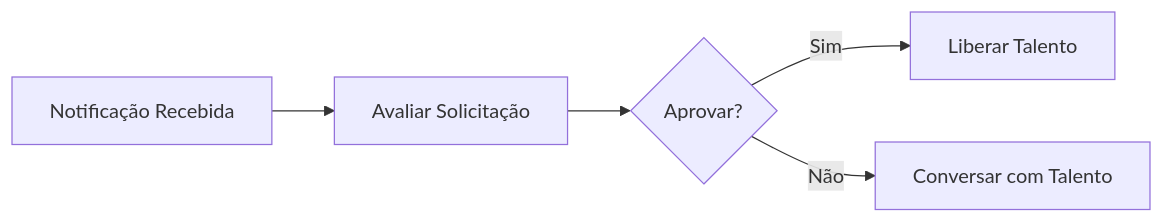
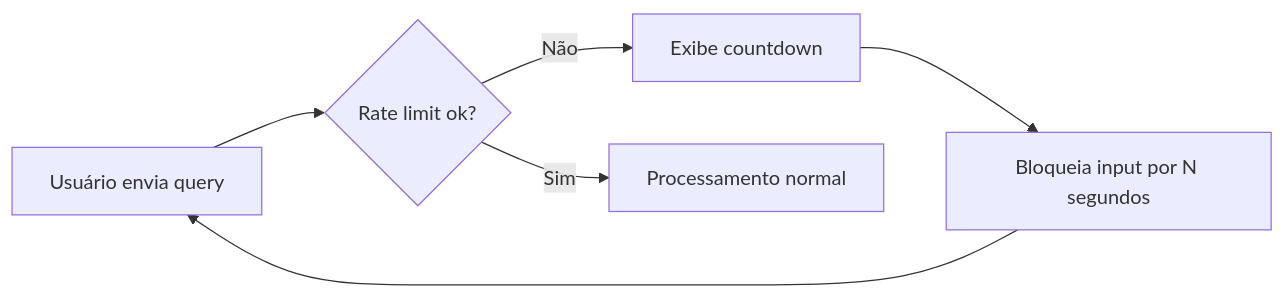
One commit to leapy-edtech/docs changed the third of 3 diagrams in documentation/domains/matchmaker/journeys.mdx. Above: the diagram before and after it, drawn with Mermaid. The commit also changed other lines of this file and 22 other files, not shown here.

````diff
--- a/documentation/domains/matchmaker/journeys.mdx
+++ b/documentation/domains/matchmaker/journeys.mdx
@@ -82,7 +191,8 @@
 ```mermaid
 flowchart LR
-    A[Notificação Recebida] --> B[Avaliar Solicitação]
-    B --> C{Aprovar?}
-    C -->|Sim| D[Liberar Talento]
-    C -->|Não| E[Conversar com Talento]
+    A[Usuário envia query] --> B{Rate limit ok?}
+    B -->|Não| C[Exibe countdown]
+    C --> D[Bloqueia input por N segundos]
+    D --> A
+    B -->|Sim| E[Processamento normal]
 ```
````
